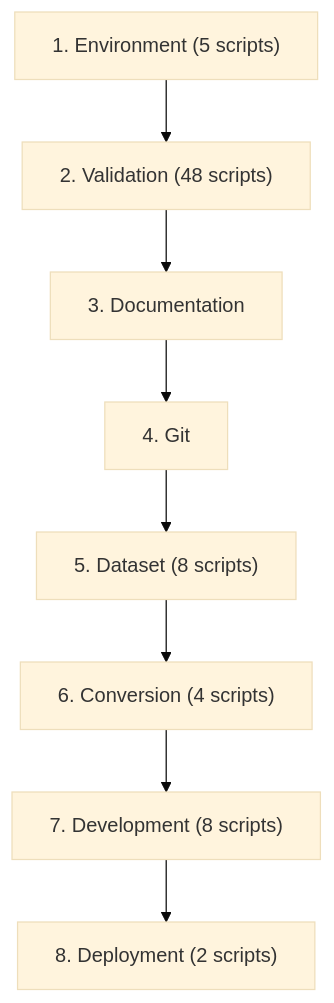
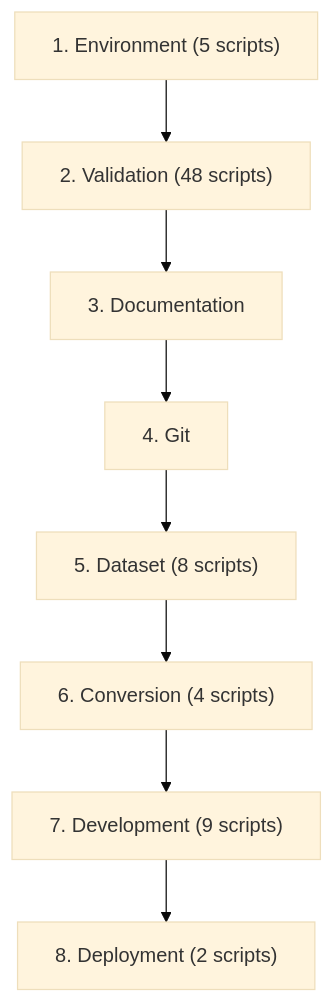
One commit to chanuka8/argus-gait-recognition changed the second of 3 diagrams in scripts/README.md. Above: the diagram before and after it, drawn with Mermaid (base theme). The commit also changed other lines of this file and 7 other files, not shown here.

````diff
--- a/scripts/README.md
+++ b/scripts/README.md
@@ -979,18 +983,18 @@
 ```mermaid
 flowchart TD
     step1["1. Environment (5 scripts)"]
     step2["2. Validation (48 scripts)"]
     step1 --> step2
     step3["3. Documentation"]
     step2 --> step3
     step4["4. Git"]
     step3 --> step4
     step5["5. Dataset (8 scripts)"]
     step4 --> step5
     step6["6. Conversion (4 scripts)"]
     step5 --> step6
-    step7["7. Development (8 scripts)"]
+    step7["7. Development (9 scripts)"]
     step6 --> step7
     step8["8. Deployment (2 scripts)"]
     step7 --> step8
 ```
````
